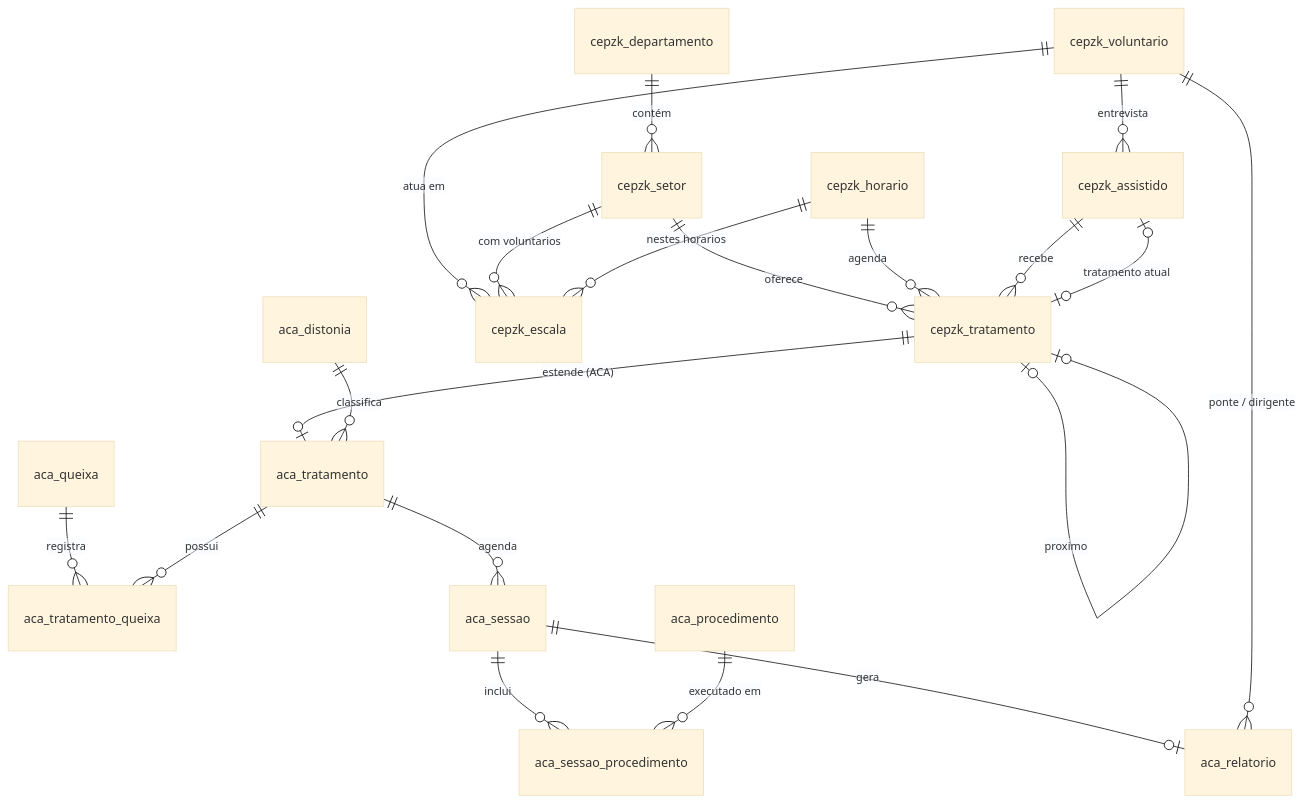
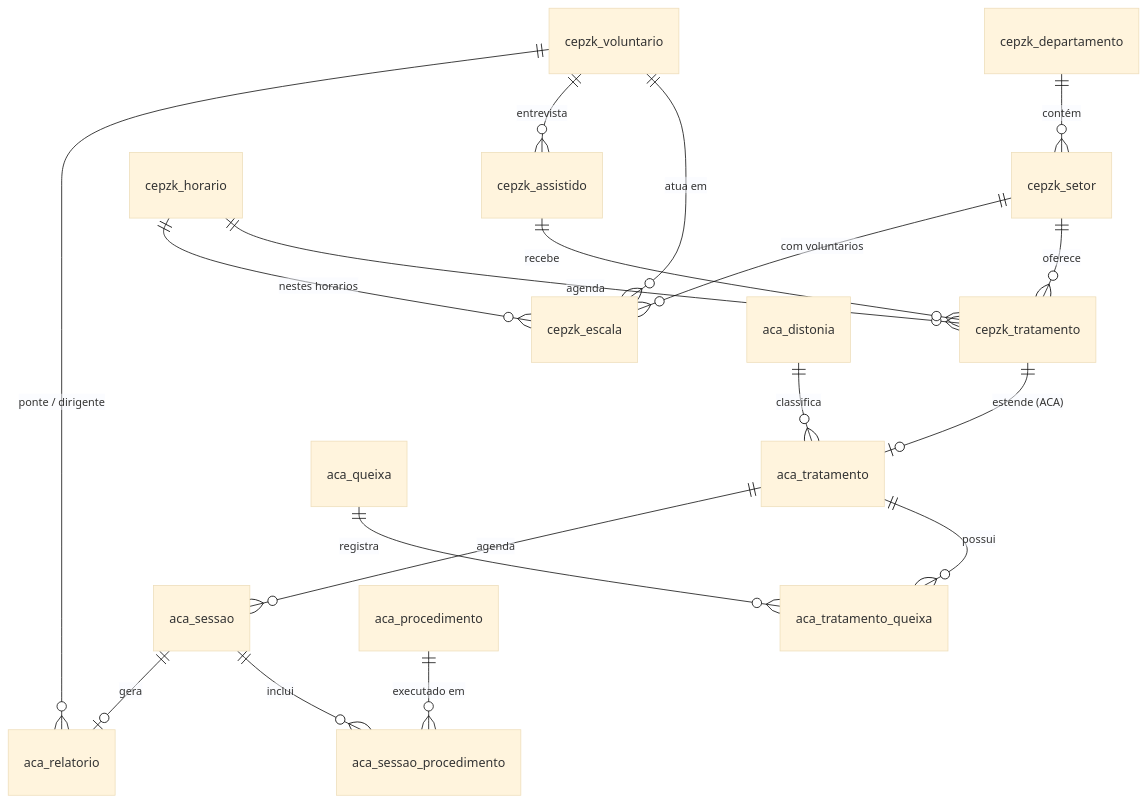
The diagram in docs/banco-de-dados.md (CEPZK/cepzk_atendimentos_backend), drawn with Mermaid (base theme) before and after one commit. The commit also changed other lines of this file and 2 other files, not shown here.

First line of the commit message:
Schema: estado do tratamento, precedencia dos setores; remove proximo_tratamento e tratamento_atual

````diff
--- a/docs/banco-de-dados.md
+++ b/docs/banco-de-dados.md
@@ -18,22 +18,20 @@
 ```mermaid
 erDiagram
     cepzk_departamento ||--o{ cepzk_setor : "contém"
     cepzk_setor ||--o{ cepzk_tratamento : "oferece"
     cepzk_horario ||--o{ cepzk_tratamento : "agenda"
     cepzk_voluntario ||--o{ cepzk_escala : "atua em"
     cepzk_setor ||--o{ cepzk_escala : "com voluntarios"
     cepzk_horario ||--o{ cepzk_escala : "nestes horarios"
     cepzk_voluntario ||--o{ cepzk_assistido : "entrevista"
     cepzk_assistido ||--o{ cepzk_tratamento : "recebe"
-    cepzk_assistido |o--o| cepzk_tratamento : "tratamento atual"
-    cepzk_tratamento |o--o| cepzk_tratamento : "proximo"
     cepzk_tratamento ||--o| aca_tratamento : "estende (ACA)"
     aca_distonia ||--o{ aca_tratamento : "classifica"
     aca_queixa ||--o{ aca_tratamento_queixa : "registra"
     aca_tratamento ||--o{ aca_tratamento_queixa : "possui"
     aca_tratamento ||--o{ aca_sessao : "agenda"
     aca_sessao ||--o{ aca_sessao_procedimento : "inclui"
     aca_procedimento ||--o{ aca_sessao_procedimento : "executado em"
     aca_sessao ||--o| aca_relatorio : "gera"
     cepzk_voluntario ||--o{ aca_relatorio : "ponte / dirigente"
 ```
````
